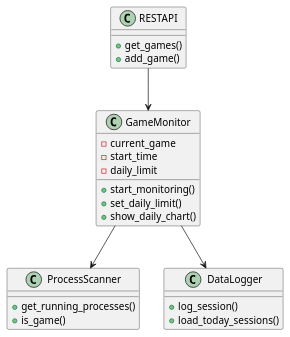
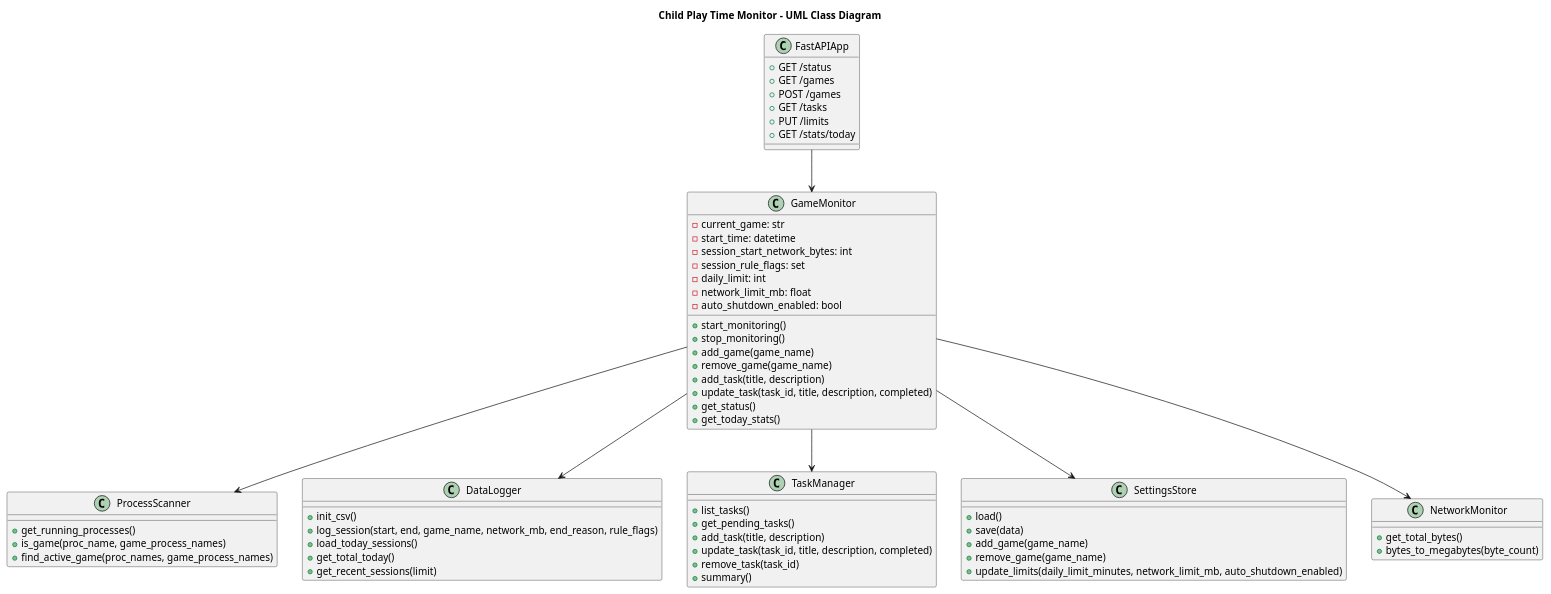
The diagram in UML_class_diagram.puml (zy1504018670-maker/Zhong-Yi), drawn with PlantUML before and after one commit. The commit also changed 19 other files, not shown here.

```diff
--- a/UML_class_diagram.puml
+++ b/UML_class_diagram.puml
@@ -1,25 +1,73 @@
 @startuml
+title Child Play Time Monitor - UML Class Diagram
+
 class GameMonitor {
-    - current_game
-    - start_time
-    - daily_limit
-    + start_monitoring()
-    + set_daily_limit()
-    + show_daily_chart()
+  - current_game: str
+  - start_time: datetime
+  - session_start_network_bytes: int
+  - session_rule_flags: set
+  - daily_limit: int
+  - network_limit_mb: float
+  - auto_shutdown_enabled: bool
+  + start_monitoring()
+  + stop_monitoring()
+  + add_game(game_name)
+  + remove_game(game_name)
+  + add_task(title, description)
+  + update_task(task_id, title, description, completed)
+  + get_status()
+  + get_today_stats()
 }
+
 class ProcessScanner {
-    + get_running_processes()
-    + is_game()
+  + get_running_processes()
+  + is_game(proc_name, game_process_names)
+  + find_active_game(proc_names, game_process_names)
 }
+
 class DataLogger {
-    + log_session()
-    + load_today_sessions()
+  + init_csv()
+  + log_session(start, end, game_name, network_mb, end_reason, rule_flags)
+  + load_today_sessions()
+  + get_total_today()
+  + get_recent_sessions(limit)
 }
-class RESTAPI {
-    + get_games()
-    + add_game()
+
+class TaskManager {
+  + list_tasks()
+  + get_pending_tasks()
+  + add_task(title, description)
+  + update_task(task_id, title, description, completed)
+  + remove_task(task_id)
+  + summary()
 }
+
+class SettingsStore {
+  + load()
+  + save(data)
+  + add_game(game_name)
+  + remove_game(game_name)
+  + update_limits(daily_limit_minutes, network_limit_mb, auto_shutdown_enabled)
+}
+
+class NetworkMonitor {
+  + get_total_bytes()
+  + bytes_to_megabytes(byte_count)
+}
+
+class FastAPIApp {
+  + GET /status
+  + GET /games
+  + POST /games
+  + GET /tasks
+  + PUT /limits
+  + GET /stats/today
+}
+
+FastAPIApp --> GameMonitor
 GameMonitor --> ProcessScanner
 GameMonitor --> DataLogger
-RESTAPI --> GameMonitor
+GameMonitor --> TaskManager
+GameMonitor --> SettingsStore
+GameMonitor --> NetworkMonitor
 @enduml
```
